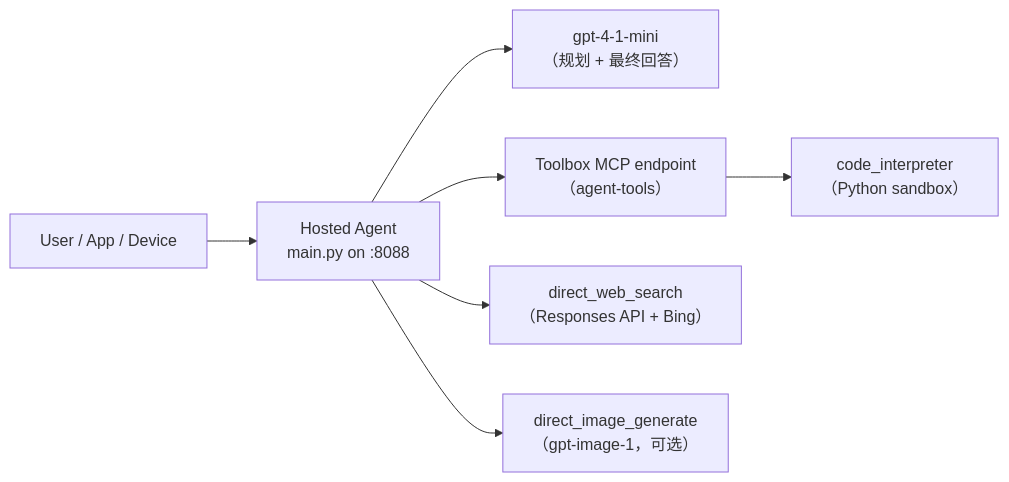
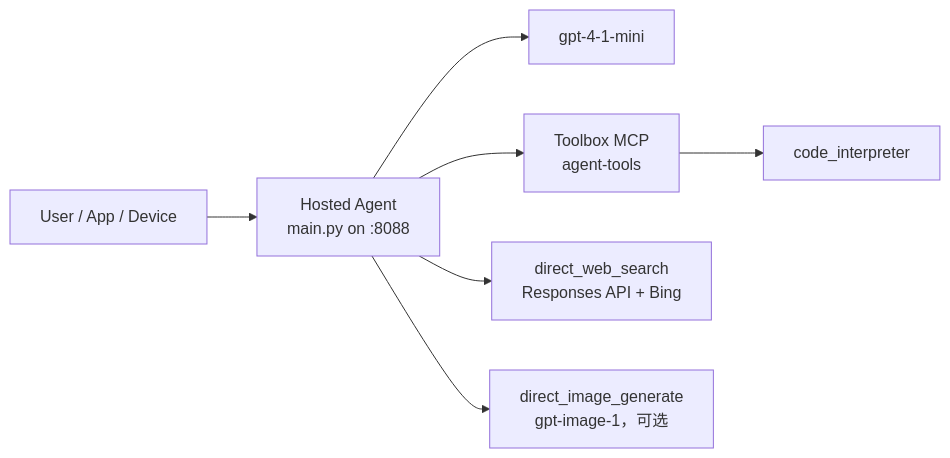
The third of 5 diagrams in Agents/Foundry-Hosted-Agent-Toolbox-Demo/README-CN.md (david-xinyuwei/david-share), drawn with Mermaid before and after one commit. The commit also changed other lines of this file and 1 other file, not shown here.

Commit message:
Fix Mermaid text overflow + correct Hosted Agent to MicroVM (not container)

````diff
--- a/Agents/Foundry-Hosted-Agent-Toolbox-Demo/README-CN.md
+++ b/Agents/Foundry-Hosted-Agent-Toolbox-Demo/README-CN.md
@@ -110,9 +110,9 @@
 ```mermaid
 flowchart LR
-    User["User / App / Device"] --> HostedAgent["Hosted Agent<br/>main.py on :8088"]
-    HostedAgent --> GPT["gpt-4-1-mini<br/>（规划 + 最终回答）"]
-    HostedAgent --> ToolboxMCP["Toolbox MCP endpoint<br/>（agent-tools）"]
-    ToolboxMCP --> CI["code_interpreter<br/>（Python sandbox）"]
-    HostedAgent --> WebSearch["direct_web_search<br/>（Responses API + Bing）"]
-    HostedAgent --> ImageGen["direct_image_generate<br/>（gpt-image-1，可选）"]
+    User["User / App / Device"] --> HA["Hosted Agent<br/>main.py on :8088"]
+    HA --> GPT["gpt-4-1-mini"]
+    HA --> TB["Toolbox MCP<br/>agent-tools"]
+    TB --> CI["code_interpreter"]
+    HA --> WS["direct_web_search<br/>Responses API + Bing"]
+    HA --> IG["direct_image_generate<br/>gpt-image-1，可选"]
 ```
````
